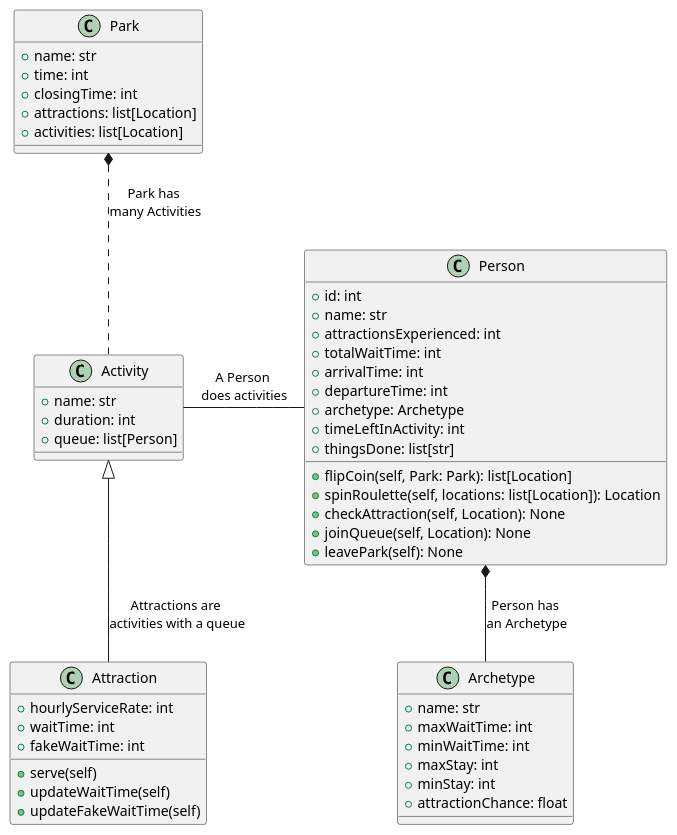
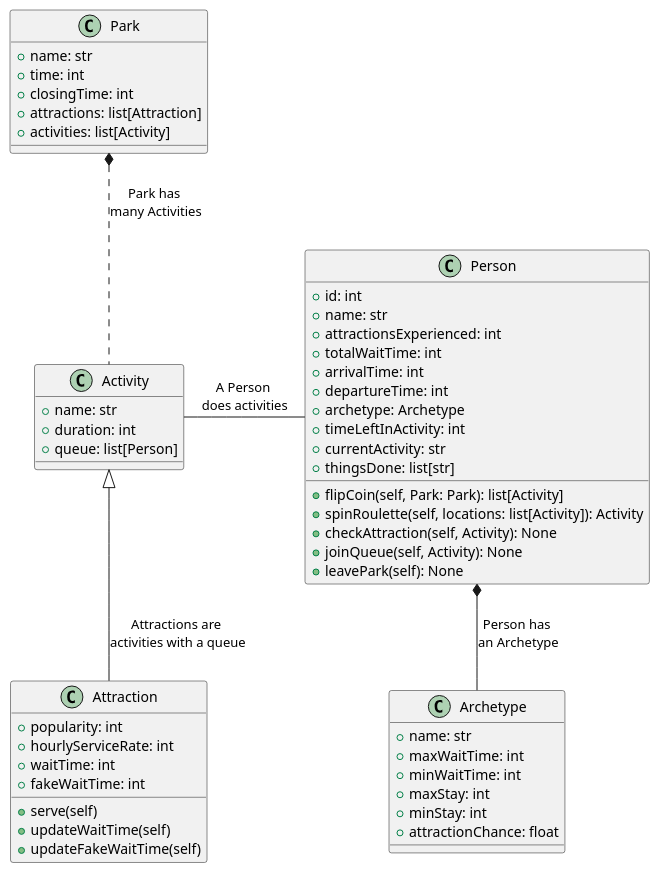
Before and after one commit to MrDahaniel/uisFiles: the diagram in 7mo Semestre/Simulación Digital/Proyecto Final/Desarrollo/Planning/Class Diagrams/Park.plantuml, drawn with PlantUML. The commit also changed 3 other files, not shown here.

```diff
--- a/7mo Semestre/Simulación Digital/Proyecto Final/Desarrollo/Planning/Class Diagrams/Park.plantuml
+++ b/7mo Semestre/Simulación Digital/Proyecto Final/Desarrollo/Planning/Class Diagrams/Park.plantuml
@@ -1,77 +1,79 @@
 @startuml
 
      ' skinparam style strictuml
      skinparam defaultTextAlignment center
 
      ' Class Declaration
      class Person {
           ' Variables
           +id: int
           +name: str
           +attractionsExperienced: int
           +totalWaitTime: int
           +arrivalTime: int
           +departureTime: int
           +archetype: Archetype
           +timeLeftInActivity: int
+          +currentActivity: str
           +thingsDone: list[str]
 
           ' Methods
-          +flipCoin(self, Park: Park): list[Location]
-          +spinRoulette(self, locations: list[Location]): Location
-          +checkAttraction(self, Location): None
-          +joinQueue(self, Location): None
+          +flipCoin(self, Park: Park): list[Activity]
+          +spinRoulette(self, locations: list[Activity]): Activity
+          +checkAttraction(self, Activity): None
+          +joinQueue(self, Activity): None
           +leavePark(self): None
      }
 
      class Archetype {
           ' Variables
           +name: str
           +maxWaitTime: int
           +minWaitTime: int
           +maxStay: int
           +minStay: int
           +attractionChance: float
 
           ' Methods
 
      }
 
      class Activity {
           ' Variables
           +name: str
           +duration: int
           +queue: list[Person]
 
      }
 
      class Attraction {
           ' Variables
+          +popularity: int
           +hourlyServiceRate: int
           +waitTime: int
           +fakeWaitTime: int
           ' Methods
           
           +serve(self)
           +updateWaitTime(self)
           +updateFakeWaitTime(self)
      }
 
      class Park {
           ' Variables
           +name: str
           +time: int
           +closingTime: int
-          +attractions: list[Location]
-          +activities: list[Location]
+          +attractions: list[Attraction]
+          +activities: list[Activity]
 
           ' Methods
      }
 
      ' Relationships
      Park *.. Activity : Park has \nmany Activities
      Activity <|-- Attraction : Attractions are \nactivities with a queue
      Person -left-  Activity : A Person \ndoes activities
      Person *-- Archetype : Person has \nan Archetype
 
 @enduml
```
